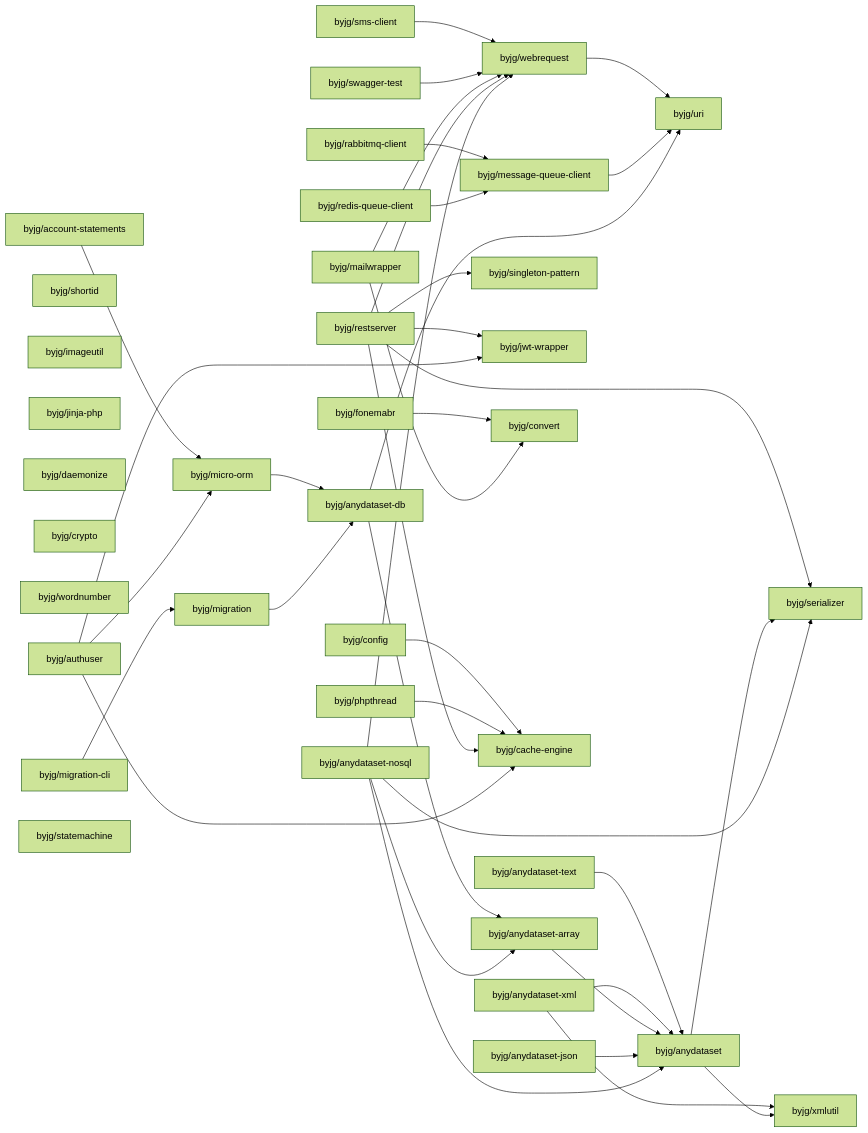
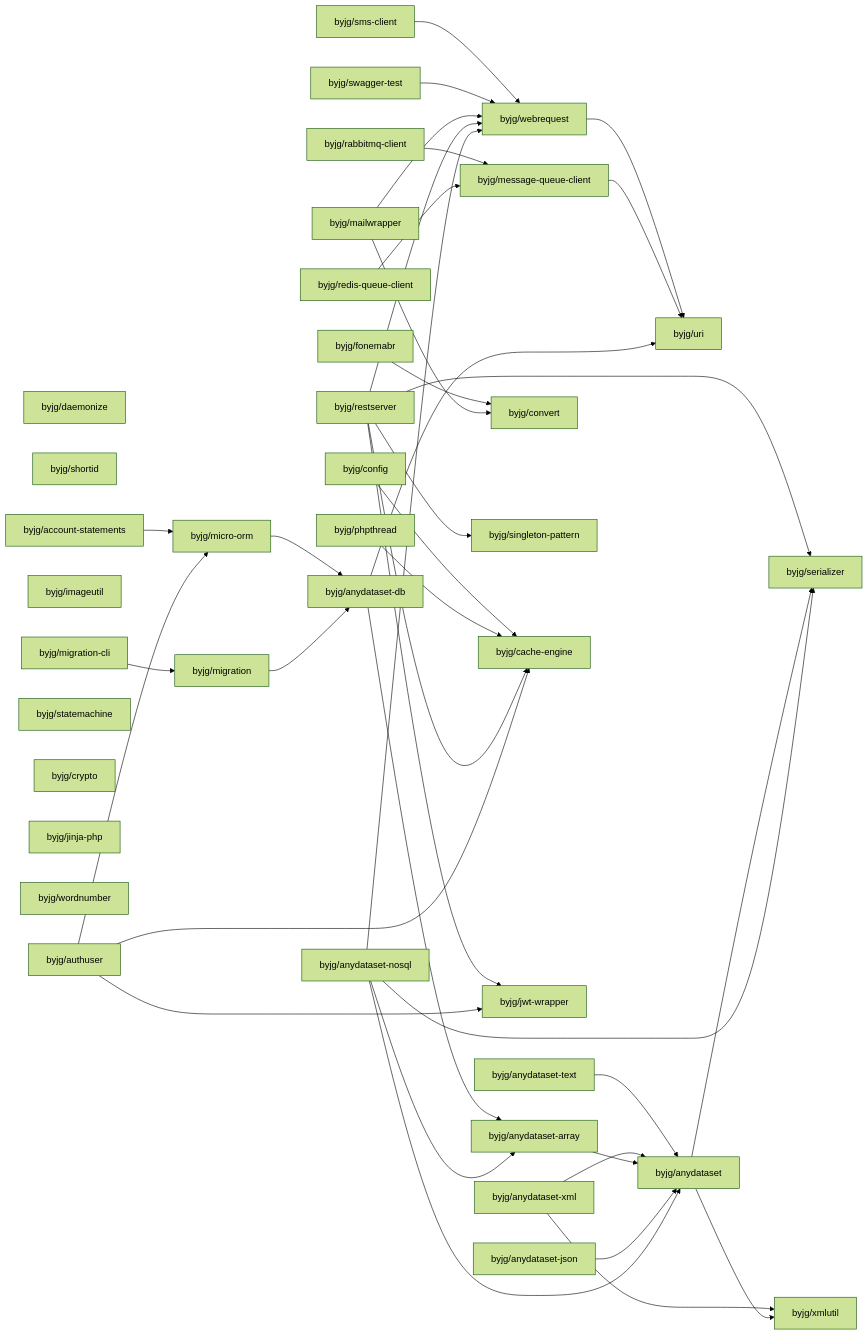
The diagram in php/README.md (byjg/byjg.github.io), drawn with Mermaid (forest theme) before and after one commit. The commit also changed other lines of this file, not shown here.

Commit message:
Update documentation 'php' 'php-webrequest'

````diff
--- a/php/README.md
+++ b/php/README.md
@@ -3,76 +3,76 @@
 ```mermaid
 graph LR;
-  byjg/account-statements;
-  byjg/fonemabr;
+  byjg/anydataset-xml;
+  byjg/daemonize;
+  byjg/sms-client;
   byjg/shortid;
+  byjg/authuser;
+  byjg/imageutil;
   byjg/rabbitmq-client;
-  byjg/imageutil;
-  byjg/anydataset-xml;
-  byjg/anydataset-nosql;
-  byjg/jinja-php;
-  byjg/anydataset-json;
-  byjg/daemonize;
-  byjg/restserver;
-  byjg/crypto;
-  byjg/wordnumber;
-  byjg/config;
-  byjg/authuser;
-  byjg/redis-queue-client;
-  byjg/anydataset-text;
   byjg/migration-cli;
-  byjg/swagger-test;
   byjg/mailwrapper;
   byjg/statemachine;
   byjg/phpthread;
-  byjg/sms-client;
+  byjg/crypto;
+  byjg/redis-queue-client;
+  byjg/jinja-php;
+  byjg/anydataset-text;
+  byjg/wordnumber;
+  byjg/fonemabr;
+  byjg/config;
+  byjg/anydataset-json;
+  byjg/restserver;
+  byjg/swagger-test;
+  byjg/anydataset-nosql;
+  byjg/account-statements;
+  byjg/migration;
+  byjg/message-queue-client;
+  byjg/convert;
   byjg/singleton-pattern;
+  byjg/cache-engine;
+  byjg/jwt-wrapper;
+  byjg/webrequest;
   byjg/micro-orm;
-  byjg/jwt-wrapper;
-  byjg/message-queue-client;
-  byjg/migration;
-  byjg/convert;
-  byjg/cache-engine;
-  byjg/webrequest;
   byjg/anydataset-db;
   byjg/anydataset-array;
   byjg/uri;
   byjg/anydataset;
   byjg/serializer;
   byjg/xmlutil;
   byjg/sms-client --> byjg/webrequest;
   byjg/fonemabr --> byjg/convert;
   byjg/config --> byjg/cache-engine;
   byjg/anydataset-text --> byjg/anydataset;
   byjg/webrequest --> byjg/uri;
   byjg/account-statements --> byjg/micro-orm;
   byjg/rabbitmq-client --> byjg/message-queue-client;
   byjg/micro-orm --> byjg/anydataset-db;
   byjg/phpthread --> byjg/cache-engine;
   byjg/swagger-test --> byjg/webrequest;
   byjg/anydataset-xml --> byjg/anydataset;
   byjg/anydataset-xml --> byjg/xmlutil;
   byjg/anydataset-array --> byjg/anydataset;
   byjg/mailwrapper --> byjg/convert;
   byjg/mailwrapper --> byjg/webrequest;
   byjg/message-queue-client --> byjg/uri;
   byjg/anydataset-db --> byjg/anydataset-array;
   byjg/anydataset-db --> byjg/uri;
   byjg/anydataset-json --> byjg/anydataset;
   byjg/migration --> byjg/anydataset-db;
   byjg/redis-queue-client --> byjg/message-queue-client;
   byjg/restserver --> byjg/serializer;
   byjg/restserver --> byjg/singleton-pattern;
   byjg/restserver --> byjg/cache-engine;
   byjg/restserver --> byjg/webrequest;
   byjg/restserver --> byjg/jwt-wrapper;
   byjg/authuser --> byjg/micro-orm;
   byjg/authuser --> byjg/cache-engine;
   byjg/authuser --> byjg/jwt-wrapper;
   byjg/migration-cli --> byjg/migration;
   byjg/anydataset --> byjg/serializer;
   byjg/anydataset --> byjg/xmlutil;
   byjg/anydataset-nosql --> byjg/anydataset;
   byjg/anydataset-nosql --> byjg/anydataset-array;
   byjg/anydataset-nosql --> byjg/serializer;
   byjg/anydataset-nosql --> byjg/webrequest;
 ```
````
